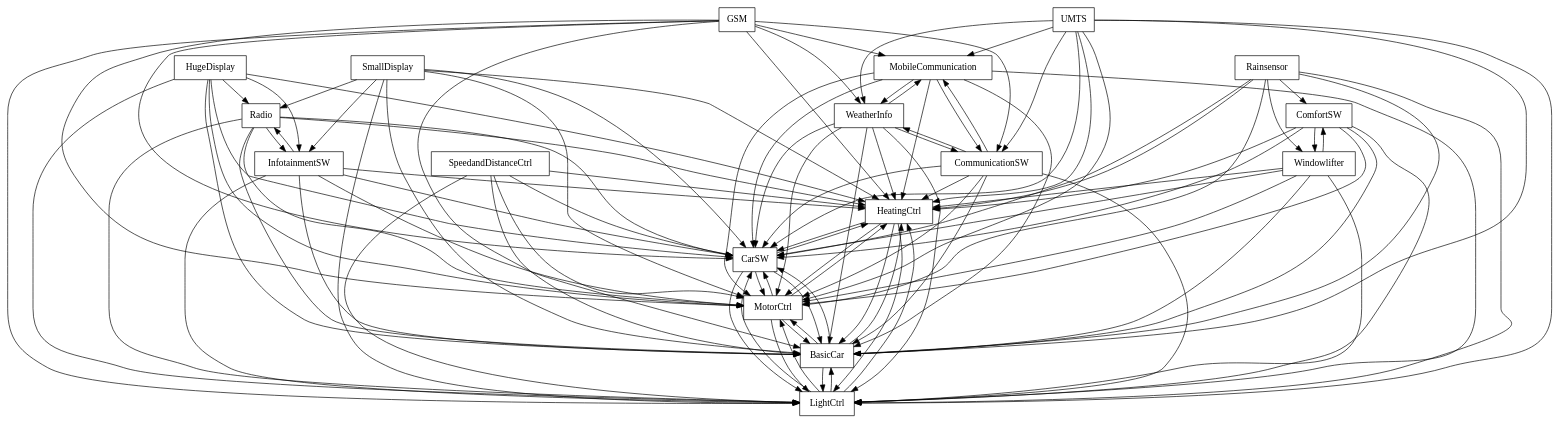
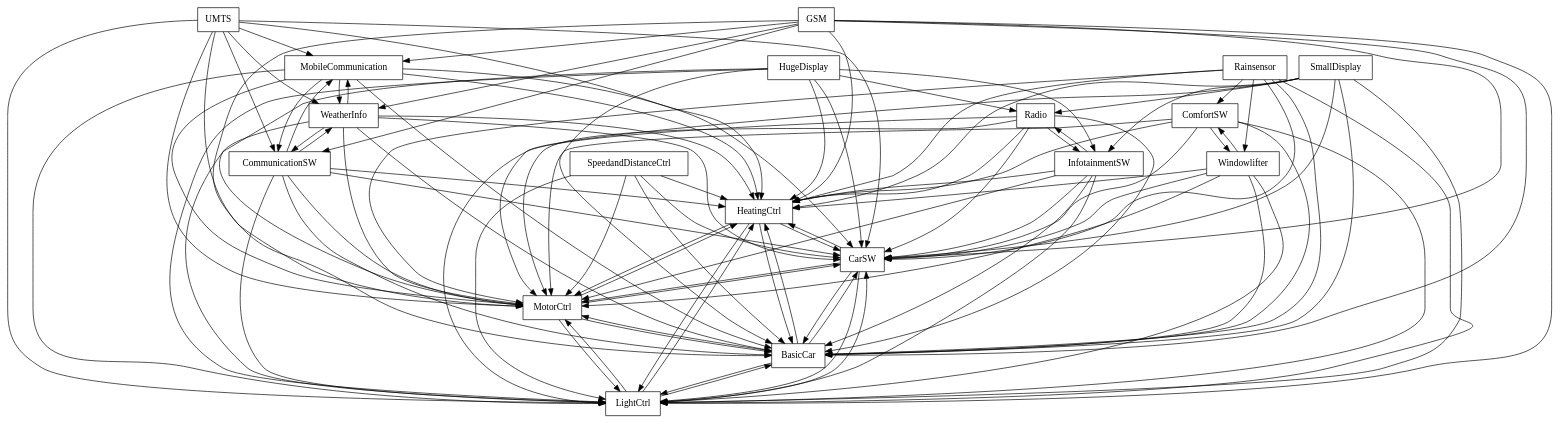
Before and after one commit to FAMILIAR-project/familiar-language: the diagram in FAMILIAR/output/SPLOT-big/fm_61_model_20110124_2116036381.xml.dot, drawn with Graphviz. The commit also changed 150 other files, not shown here.

```diff
--- a/FAMILIAR/output/SPLOT-big/fm_61_model_20110124_2116036381.xml.dot
+++ b/FAMILIAR/output/SPLOT-big/fm_61_model_20110124_2116036381.xml.dot
@@ -1,130 +1,130 @@
 digraph{
 graph [rankdir=TB];
 node [shape=box];
 edge [arrowhead=normal];
 0[label="HeatingCtrl",]
 1[label="ComfortSW",]
-2[label="CarSW",]
-3[label="MobileCommunication",]
+2[label="MobileCommunication",]
+3[label="CarSW",]
 4[label="UMTS",]
 5[label="HugeDisplay",]
 6[label="SpeedandDistanceCtrl",]
 7[label="LightCtrl",]
 8[label="WeatherInfo",]
 9[label="Rainsensor",]
 10[label="SmallDisplay",]
 11[label="BasicCar",]
 12[label="Windowlifter",]
 13[label="GSM",]
 14[label="CommunicationSW",]
-15[label="MotorCtrl",]
-16[label="Radio",]
+15[label="Radio",]
+16[label="MotorCtrl",]
 17[label="InfotainmentSW",]
-0->2[label="",]
+0->3[label="",]
 0->7[label="",]
 0->11[label="",]
-0->15[label="",]
+0->16[label="",]
 1->0[label="",]
-1->2[label="",]
+1->3[label="",]
 1->7[label="",]
 1->11[label="",]
 1->12[label="",]
-1->15[label="",]
+1->16[label="",]
 2->0[label="",]
+2->3[label="",]
 2->7[label="",]
+2->8[label="",]
 2->11[label="",]
-2->15[label="",]
+2->14[label="",]
+2->16[label="",]
 3->0[label="",]
-3->2[label="",]
 3->7[label="",]
-3->8[label="",]
 3->11[label="",]
-3->14[label="",]
-3->15[label="",]
+3->16[label="",]
 4->0[label="",]
 4->2[label="",]
 4->3[label="",]
 4->7[label="",]
 4->8[label="",]
 4->11[label="",]
 4->14[label="",]
-4->15[label="",]
+4->16[label="",]
 5->0[label="",]
-5->2[label="",]
+5->3[label="",]
 5->7[label="",]
 5->11[label="",]
 5->15[label="",]
 5->16[label="",]
 5->17[label="",]
 6->0[label="",]
-6->2[label="",]
+6->3[label="",]
 6->7[label="",]
 6->11[label="",]
-6->15[label="",]
+6->16[label="",]
 7->0[label="",]
-7->2[label="",]
+7->3[label="",]
 7->11[label="",]
-7->15[label="",]
+7->16[label="",]
 8->0[label="",]
 8->2[label="",]
 8->3[label="",]
 8->7[label="",]
 8->11[label="",]
 8->14[label="",]
-8->15[label="",]
+8->16[label="",]
 9->0[label="",]
 9->1[label="",]
-9->2[label="",]
+9->3[label="",]
 9->7[label="",]
 9->11[label="",]
 9->12[label="",]
-9->15[label="",]
+9->16[label="",]
 10->0[label="",]
-10->2[label="",]
+10->3[label="",]
 10->7[label="",]
 10->11[label="",]
 10->15[label="",]
 10->16[label="",]
 10->17[label="",]
 11->0[label="",]
-11->2[label="",]
+11->3[label="",]
 11->7[label="",]
-11->15[label="",]
+11->16[label="",]
 12->0[label="",]
 12->1[label="",]
-12->2[label="",]
+12->3[label="",]
 12->7[label="",]
 12->11[label="",]
-12->15[label="",]
+12->16[label="",]
 13->0[label="",]
 13->2[label="",]
 13->3[label="",]
 13->7[label="",]
 13->8[label="",]
 13->11[label="",]
 13->14[label="",]
-13->15[label="",]
+13->16[label="",]
 14->0[label="",]
 14->2[label="",]
 14->3[label="",]
 14->7[label="",]
 14->8[label="",]
 14->11[label="",]
-14->15[label="",]
+14->16[label="",]
 15->0[label="",]
-15->2[label="",]
+15->3[label="",]
 15->7[label="",]
 15->11[label="",]
+15->16[label="",]
+15->17[label="",]
 16->0[label="",]
-16->2[label="",]
+16->3[label="",]
 16->7[label="",]
 16->11[label="",]
-16->15[label="",]
-16->17[label="",]
 17->0[label="",]
-17->2[label="",]
+17->3[label="",]
 17->7[label="",]
 17->11[label="",]
 17->15[label="",]
 17->16[label="",]
 }
```
